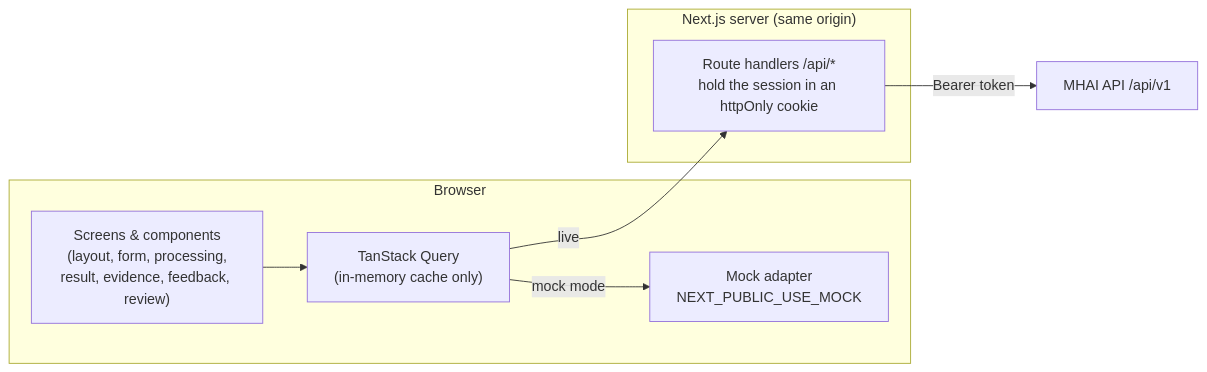
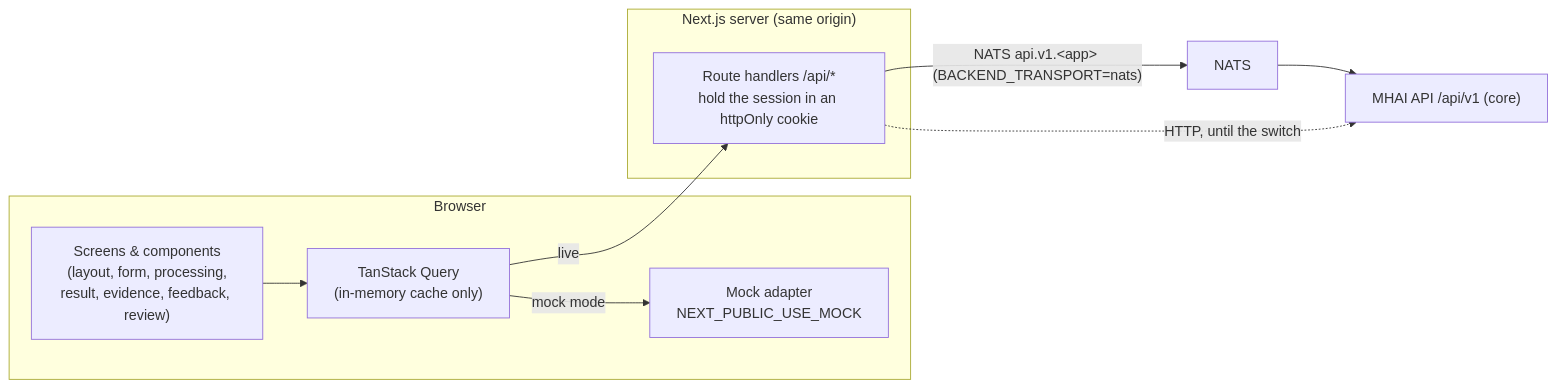
One commit to Measured-Health/mhai-web changed the fifth of 10 diagrams in ARCHITECTURE.md. Above: the diagram before and after it, drawn with Mermaid. The commit also changed other lines of this file and 4 other files, not shown here.

Commit message:
docs: the BFF over NATS

````diff
--- a/ARCHITECTURE.md
+++ b/ARCHITECTURE.md
@@ -272,15 +272,17 @@
 ```mermaid
 flowchart LR
     subgraph browser["Browser"]
         ui["Screens & components<br/>(layout, form, processing,<br/>result, evidence, feedback, review)"]
         q["TanStack Query<br/>(in-memory cache only)"]
         mock["Mock adapter<br/>NEXT_PUBLIC_USE_MOCK"]
     end
     subgraph next["Next.js server (same origin)"]
         bff["Route handlers /api/*<br/>hold the session in an httpOnly cookie"]
     end
     ui --> q
     q -->|mock mode| mock
     q -->|live| bff
-    bff -->|Bearer token| gw["MHAI API /api/v1"]
+    bff -->|"NATS api.v1.&lt;app&gt; (BACKEND_TRANSPORT=nats)"| nats["NATS"]
+    nats --> gw["MHAI API /api/v1 (core)"]
+    bff -.->|"HTTP, until the switch"| gw
 ```
````
